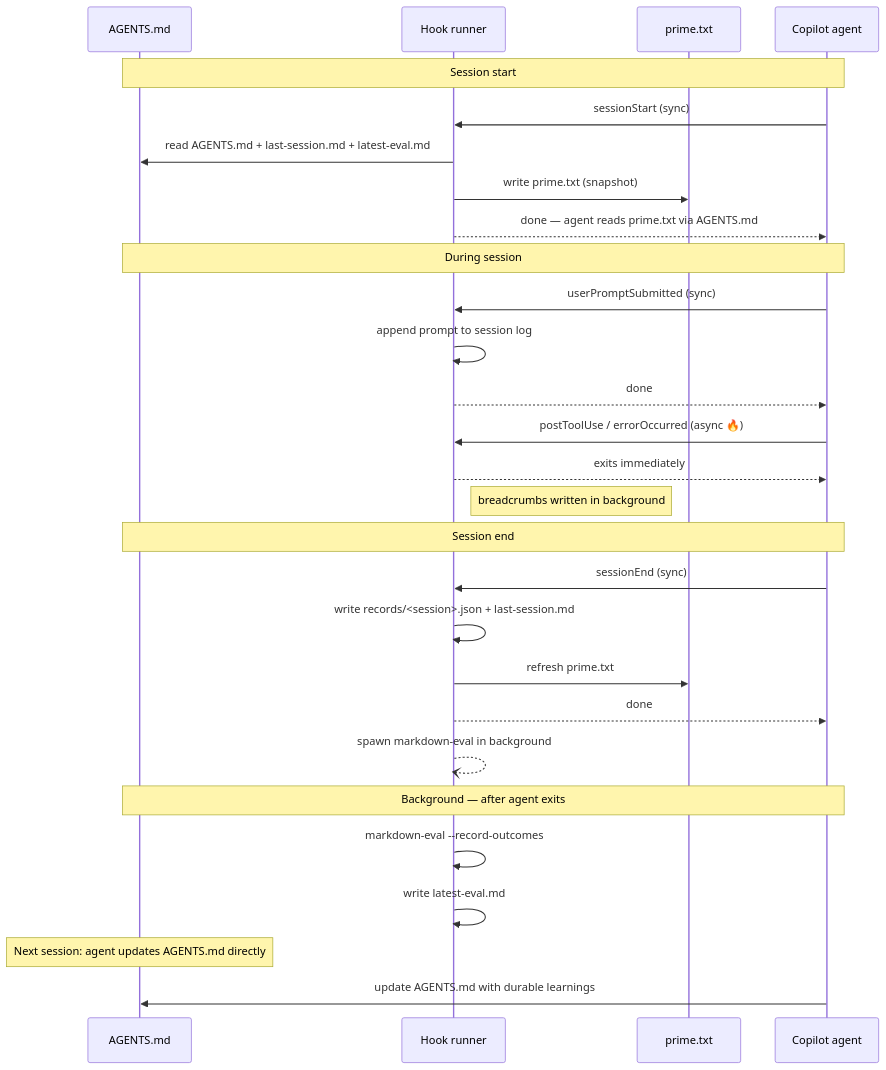
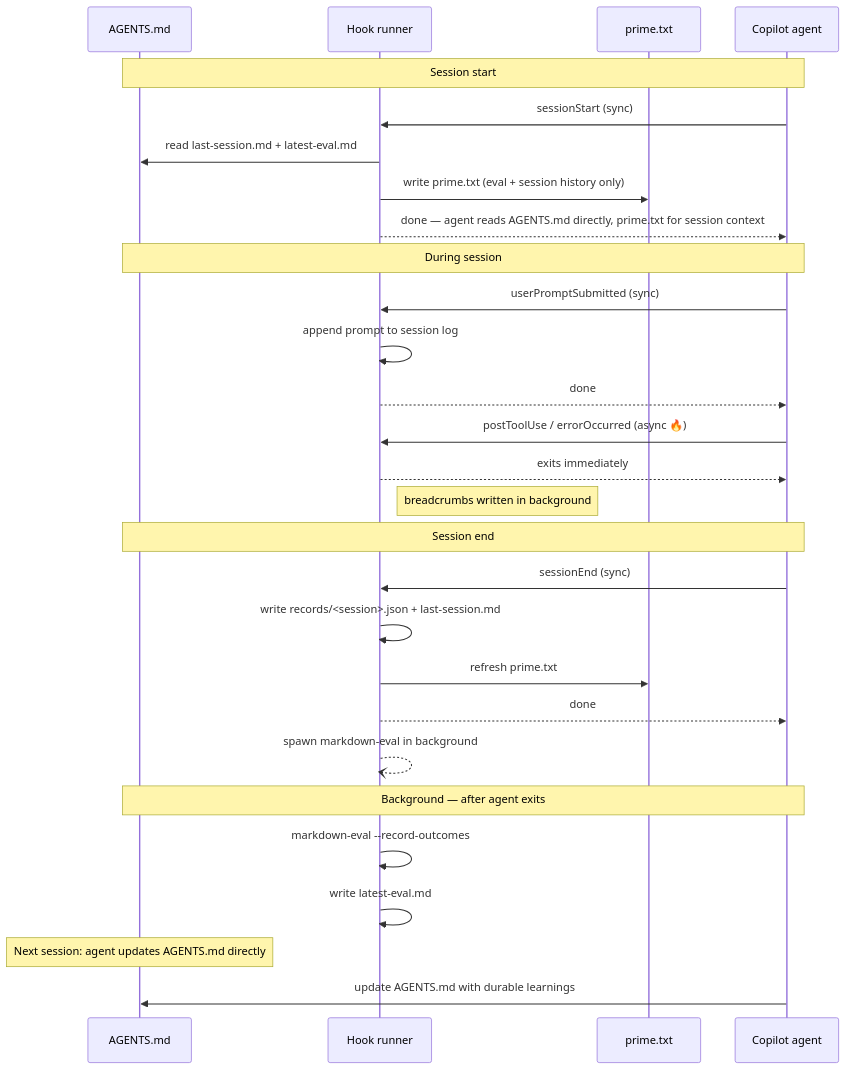
Before and after one commit to mark-hingston/sloop: the diagram in README.md, drawn with Mermaid. The commit also changed other lines of this file and 2 other files, not shown here.

Commit message:
Fix AGENTS.md duplication in prime.txt
prime.txt was embedding the full AGENTS.md content, but Copilot
already reads AGENTS.md directly. This caused every session to
see the durable instructions twice.

prime.txt now contains only session-specific additions:
- Latest evaluation summary
- Latest session handoff

AGENTS.md updated to clarify prime.txt is supplementary, not a
mirror. README diagram and loop description updated to match.

````diff
--- a/README.md
+++ b/README.md
@@ -42,36 +42,36 @@
 ```mermaid
 sequenceDiagram
     participant A as AGENTS.md
     participant H as Hook runner
     participant P as prime.txt
     participant C as Copilot agent
 
     Note over A,C: Session start
     C->>H: sessionStart (sync)
-    H->>A: read AGENTS.md + last-session.md + latest-eval.md
-    H->>P: write prime.txt (snapshot)
-    H-->>C: done — agent reads prime.txt via AGENTS.md
+    H->>A: read last-session.md + latest-eval.md
+    H->>P: write prime.txt (eval + session history only)
+    H-->>C: done — agent reads AGENTS.md directly, prime.txt for session context
 
     Note over A,C: During session
     C->>H: userPromptSubmitted (sync)
     H->>H: append prompt to session log
     H-->>C: done
 
     C->>H: postToolUse / errorOccurred (async 🔥)
     H-->>C: exits immediately
     Note right of H: breadcrumbs written in background
 
     Note over A,C: Session end
     C->>H: sessionEnd (sync)
     H->>H: write records/<session>.json + last-session.md
     H->>P: refresh prime.txt
     H-->>C: done
     H--)H: spawn markdown-eval in background
 
     Note over A,C: Background — after agent exits
     H->>H: markdown-eval --record-outcomes
     H->>H: write latest-eval.md
 
     Note over A: Next session: agent updates AGENTS.md directly
     C->>A: update AGENTS.md with durable learnings
 ```
````
